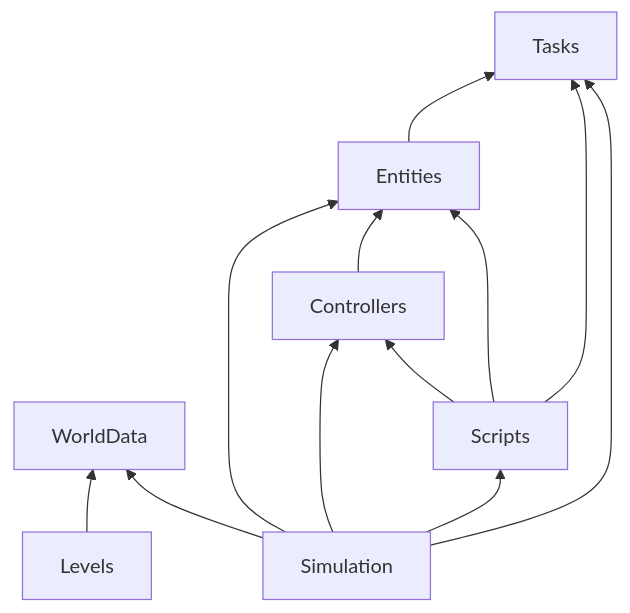
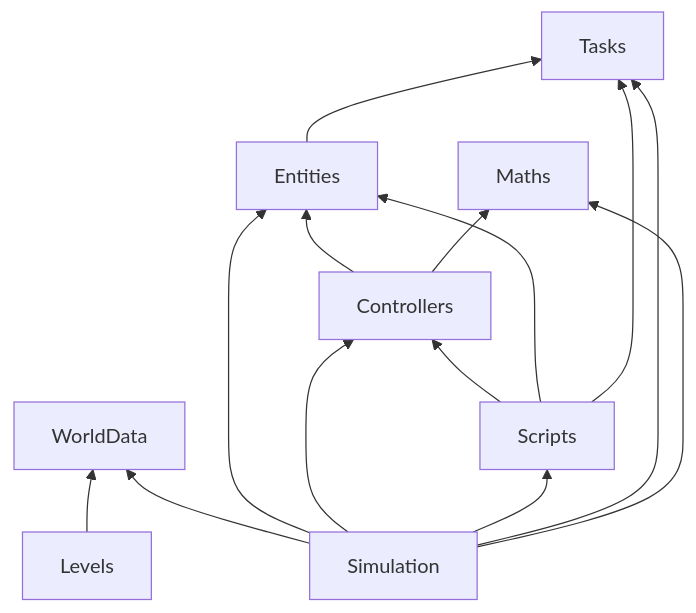
One commit to therighttrousers/bodycheck changed the diagram in src/BodyCheck.Core/architecture.md. Above: the diagram before and after it, drawn with Mermaid. The commit also changed other lines of this file and 15 other files, not shown here.

````diff
--- a/src/BodyCheck.Core/architecture.md
+++ b/src/BodyCheck.Core/architecture.md
@@ -53,14 +54,16 @@
 ```mermaid
 graph BT
     Controllers --> Entities
+    Controllers --> Maths
     Entities --> Tasks
     Levels --> WorldData
     Scripts --> Controllers
     Scripts --> Entities
     Scripts --> Tasks
     Simulation --> WorldData
     Simulation --> Entities
     Simulation --> Controllers
     Simulation --> Scripts
     Simulation --> Tasks
+    Simulation --> Maths
 ```
````
